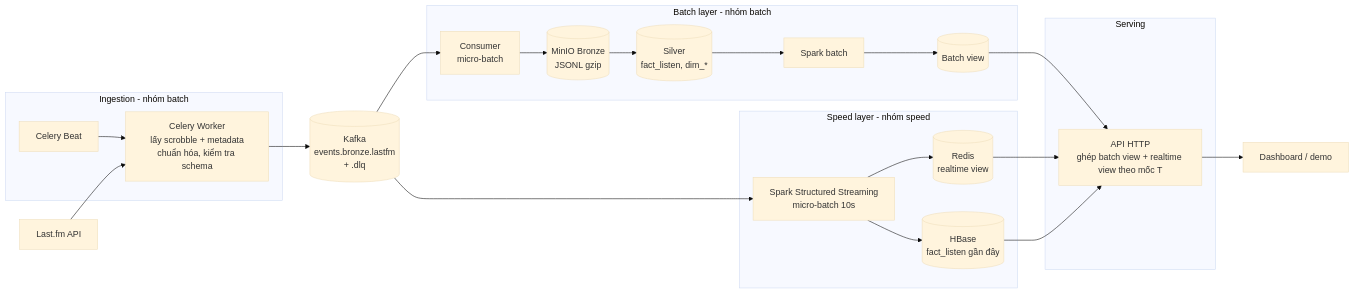
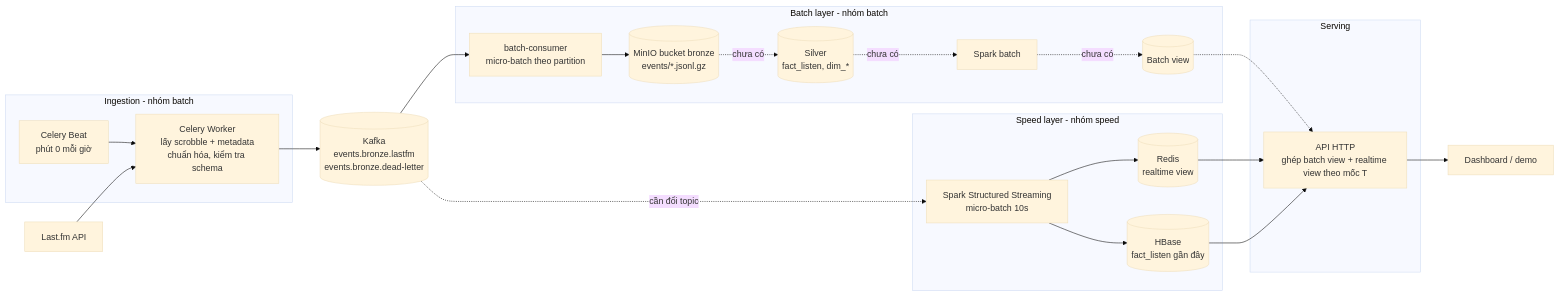
Before and after one commit to taihb2005/bigdata-music-analytics: the diagram in docs/architecture.md, drawn with Mermaid (base theme). The commit also changed other lines of this file, not shown here.

````diff
--- a/docs/architecture.md
+++ b/docs/architecture.md
@@ -25,35 +21,35 @@
 ```mermaid
 flowchart LR
     LF[Last.fm API]
 
     subgraph ING[Ingestion - nhóm batch]
-        BEAT[Celery Beat] --> WK[Celery Worker<br/>lấy scrobble + metadata<br/>chuẩn hóa, kiểm tra schema]
+        BEAT[Celery Beat<br/>phút 0 mỗi giờ] --> WK[Celery Worker<br/>lấy scrobble + metadata<br/>chuẩn hóa, kiểm tra schema]
     end
 
     LF --> WK
-    WK --> K[(Kafka<br/>events.bronze.lastfm<br/>+ .dlq)]
+    WK --> K[(Kafka<br/>events.bronze.lastfm<br/>events.bronze.dead-letter)]
 
     subgraph BATCH[Batch layer - nhóm batch]
-        C[Consumer<br/>micro-batch] --> BR[(MinIO Bronze<br/>JSONL gzip)]
-        BR --> SV[(Silver<br/>fact_listen, dim_*)]
-        SV --> SB[Spark batch]
-        SB --> BV[(Batch view)]
+        C[batch-consumer<br/>micro-batch theo partition] --> BR[(MinIO bucket bronze<br/>events/*.jsonl.gz)]
+        BR -.chưa có.-> SV[(Silver<br/>fact_listen, dim_*)]
+        SV -.chưa có.-> SB[Spark batch]
+        SB -.chưa có.-> BV[(Batch view)]
     end
 
     subgraph SPEED[Speed layer - nhóm speed]
         SS[Spark Structured Streaming<br/>micro-batch 10s] --> RV[(Redis<br/>realtime view)]
         SS --> HB[(HBase<br/>fact_listen gần đây)]
     end
 
     K --> C
-    K --> SS
+    K -.cần đổi topic.-> SS
 
     subgraph SERVE[Serving]
         API[API HTTP<br/>ghép batch view + realtime view theo mốc T]
     end
 
-    BV --> API
+    BV -.-> API
     RV --> API
     HB --> API
     API --> UI[Dashboard / demo]
 ```
````
